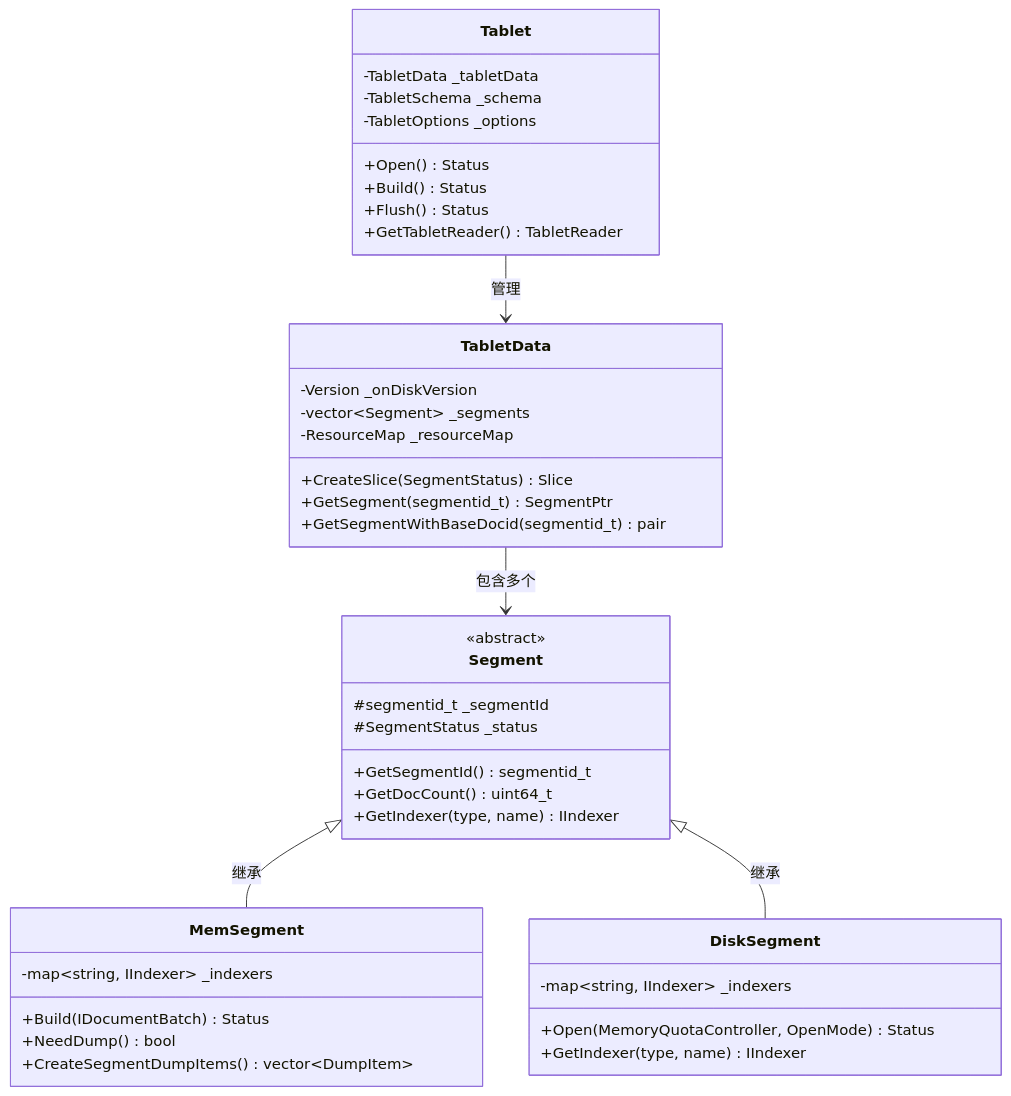
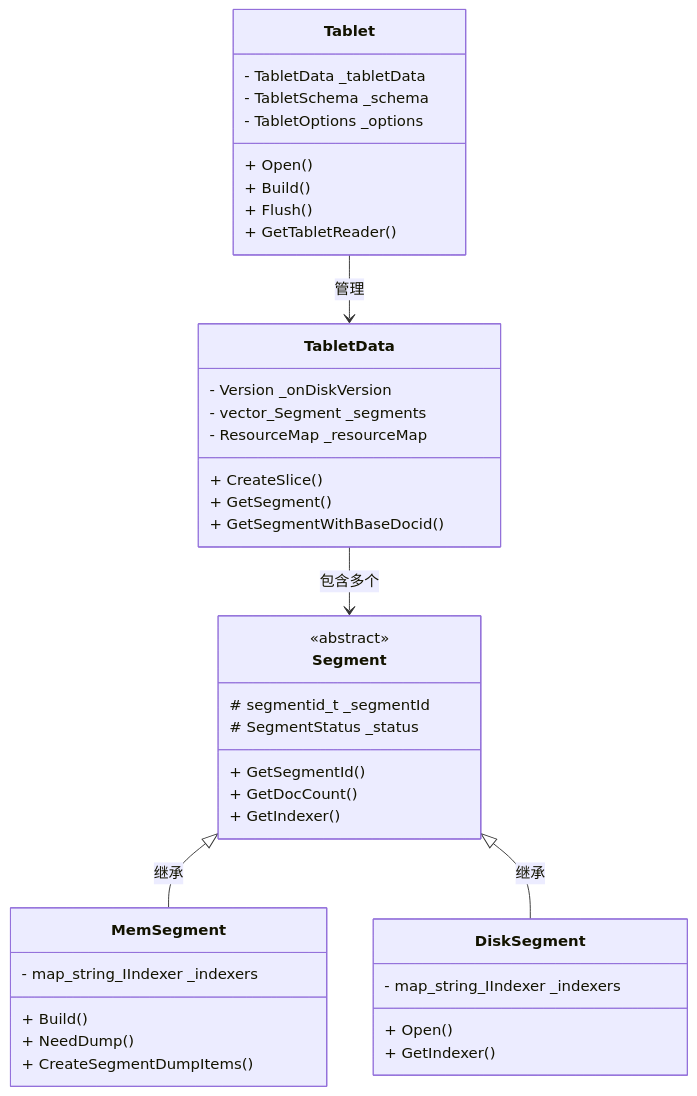
The first of 10 diagrams in _posts/2025-05-19-indexlib-2-tablet-segment.md (zhouzhilong-commits/zhouzhilong-commits.github.io), drawn with Mermaid before and after one commit. The commit also changed other lines of this file and 228 other files, not shown here.

````diff
--- a/_posts/2025-05-19-indexlib-2-tablet-segment.md
+++ b/_posts/2025-05-19-indexlib-2-tablet-segment.md
@@ -16,48 +16,48 @@
 ```mermaid
 classDiagram
     class Tablet {
-        -TabletData _tabletData
-        -TabletSchema _schema
-        -TabletOptions _options
-        +Open() Status
-        +Build() Status
-        +Flush() Status
-        +GetTabletReader() TabletReader
+        - TabletData _tabletData
+        - TabletSchema _schema
+        - TabletOptions _options
+        + Open()
+        + Build()
+        + Flush()
+        + GetTabletReader()
     }
     
     class TabletData {
-        -Version _onDiskVersion
-        -vector~Segment~ _segments
-        -ResourceMap _resourceMap
-        +CreateSlice(SegmentStatus) Slice
-        +GetSegment(segmentid_t) SegmentPtr
-        +GetSegmentWithBaseDocid(segmentid_t) pair
+        - Version _onDiskVersion
+        - vector_Segment _segments
+        - ResourceMap _resourceMap
+        + CreateSlice()
+        + GetSegment()
+        + GetSegmentWithBaseDocid()
     }
     
     class Segment {
         <<abstract>>
-        #segmentid_t _segmentId
-        #SegmentStatus _status
-        +GetSegmentId() segmentid_t
-        +GetDocCount() uint64_t
-        +GetIndexer(type, name) IIndexer
+        # segmentid_t _segmentId
+        # SegmentStatus _status
+        + GetSegmentId()
+        + GetDocCount()
+        + GetIndexer()
     }
     
     class MemSegment {
-        -map~string, IIndexer~ _indexers
-        +Build(IDocumentBatch) Status
-        +NeedDump() bool
-        +CreateSegmentDumpItems() vector~DumpItem~
+        - map_string_IIndexer _indexers
+        + Build()
+        + NeedDump()
+        + CreateSegmentDumpItems()
     }
     
     class DiskSegment {
-        -map~string, IIndexer~ _indexers
-        +Open(MemoryQuotaController, OpenMode) Status
-        +GetIndexer(type, name) IIndexer
+        - map_string_IIndexer _indexers
+        + Open()
+        + GetIndexer()
     }
     
     Tablet --> TabletData : 管理
     TabletData --> Segment : 包含多个
     Segment <|-- MemSegment : 继承
     Segment <|-- DiskSegment : 继承
 ```
````
